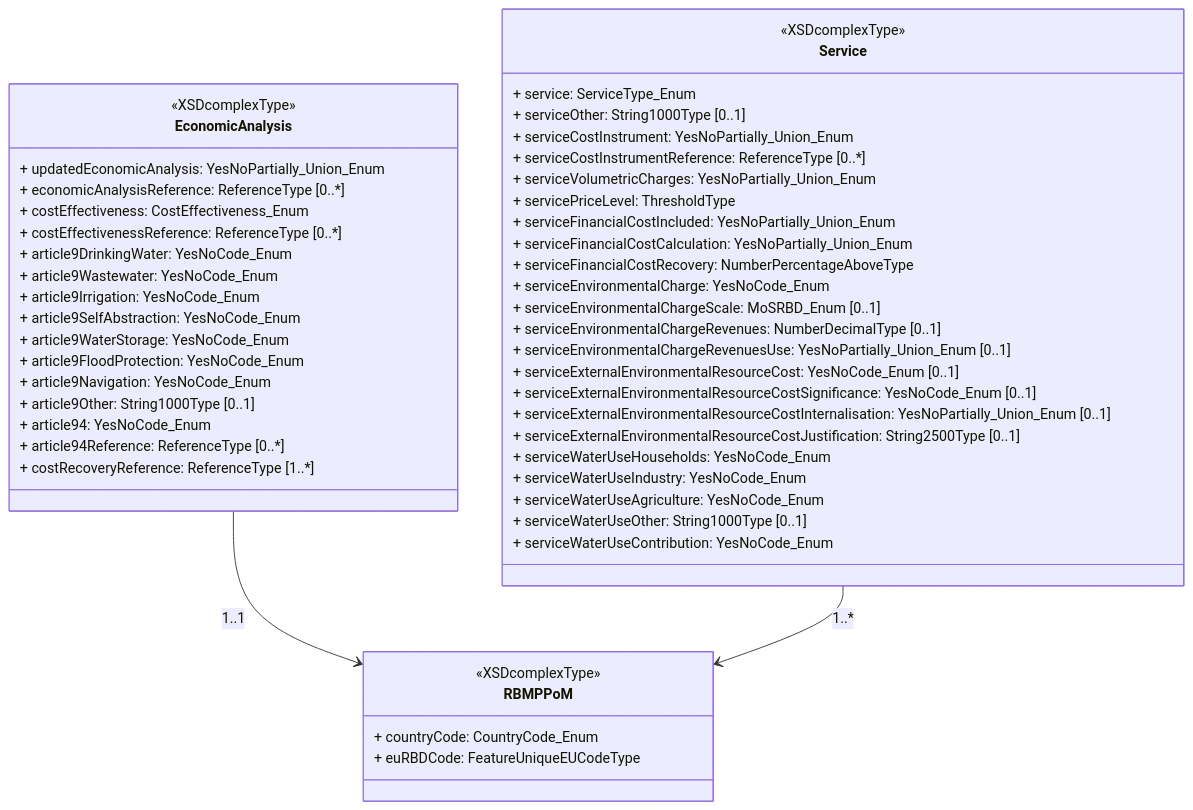
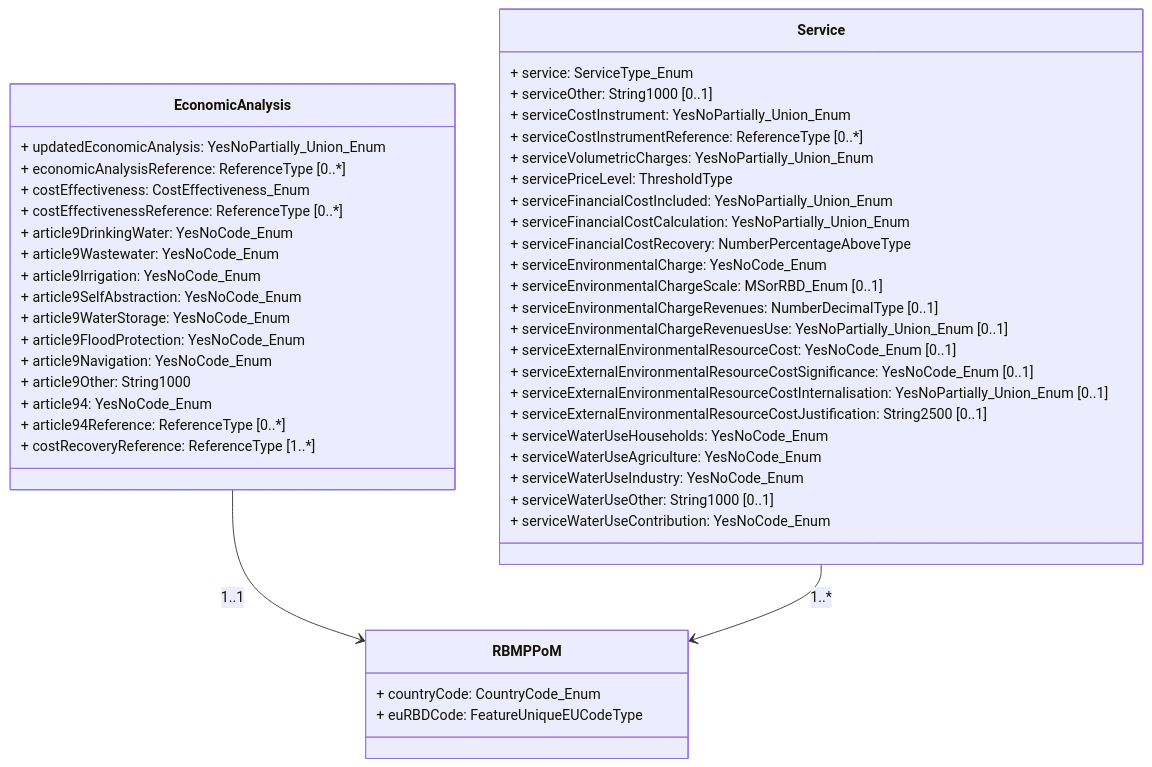
Before and after one commit to eeadata/WISE.WFD.Documentation: the diagram in docs/DataModelReview/mmd/EconomicAnalysisclassDiagram.mmd, drawn with Mermaid. The commit also changed 1 other file, not shown here.

Commit message:
Fix two mermaid diagrams

```diff
--- a/docs/DataModelReview/mmd/EconomicAnalysisclassDiagram.mmd
+++ b/docs/DataModelReview/mmd/EconomicAnalysisclassDiagram.mmd
@@ -1,56 +1,53 @@
 classDiagram
     direction TB
 
     class EconomicAnalysis {
-        <<XSDcomplexType>>
         + updatedEconomicAnalysis: YesNoPartially_Union_Enum
         + economicAnalysisReference: ReferenceType [0..*]
         + costEffectiveness: CostEffectiveness_Enum
         + costEffectivenessReference: ReferenceType [0..*]
         + article9DrinkingWater: YesNoCode_Enum
         + article9Wastewater: YesNoCode_Enum
         + article9Irrigation: YesNoCode_Enum
         + article9SelfAbstraction: YesNoCode_Enum
         + article9WaterStorage: YesNoCode_Enum
         + article9FloodProtection: YesNoCode_Enum
         + article9Navigation: YesNoCode_Enum
-        + article9Other: String1000Type [0..1]
+        + article9Other: String1000
         + article94: YesNoCode_Enum
         + article94Reference: ReferenceType [0..*]
         + costRecoveryReference: ReferenceType [1..*]
     }
 
     class Service {
-        <<XSDcomplexType>>
         + service: ServiceType_Enum
-        + serviceOther: String1000Type [0..1]
+        + serviceOther: String1000 [0..1]
         + serviceCostInstrument: YesNoPartially_Union_Enum
         + serviceCostInstrumentReference: ReferenceType [0..*]
         + serviceVolumetricCharges: YesNoPartially_Union_Enum
         + servicePriceLevel: ThresholdType
         + serviceFinancialCostIncluded: YesNoPartially_Union_Enum
         + serviceFinancialCostCalculation: YesNoPartially_Union_Enum
         + serviceFinancialCostRecovery: NumberPercentageAboveType
         + serviceEnvironmentalCharge: YesNoCode_Enum
-        + serviceEnvironmentalChargeScale: MoSRBD_Enum [0..1]
+        + serviceEnvironmentalChargeScale: MSorRBD_Enum [0..1]
         + serviceEnvironmentalChargeRevenues: NumberDecimalType [0..1]
         + serviceEnvironmentalChargeRevenuesUse: YesNoPartially_Union_Enum [0..1]
         + serviceExternalEnvironmentalResourceCost: YesNoCode_Enum [0..1]
         + serviceExternalEnvironmentalResourceCostSignificance: YesNoCode_Enum [0..1]
         + serviceExternalEnvironmentalResourceCostInternalisation: YesNoPartially_Union_Enum [0..1]
-        + serviceExternalEnvironmentalResourceCostJustification: String2500Type [0..1]
+        + serviceExternalEnvironmentalResourceCostJustification: String2500 [0..1]
         + serviceWaterUseHouseholds: YesNoCode_Enum
+        + serviceWaterUseAgriculture: YesNoCode_Enum
         + serviceWaterUseIndustry: YesNoCode_Enum
-        + serviceWaterUseAgriculture: YesNoCode_Enum
-        + serviceWaterUseOther: String1000Type [0..1]
+        + serviceWaterUseOther: String1000 [0..1]
         + serviceWaterUseContribution: YesNoCode_Enum
     }
 
     class RBMPPoM {
-        <<XSDcomplexType>>
         + countryCode: CountryCode_Enum
         + euRBDCode: FeatureUniqueEUCodeType
     }
 
     EconomicAnalysis --> RBMPPoM : 1..1
     Service --> RBMPPoM : 1..*
```
